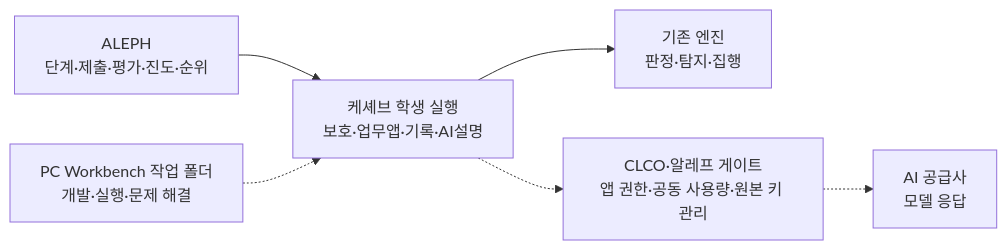
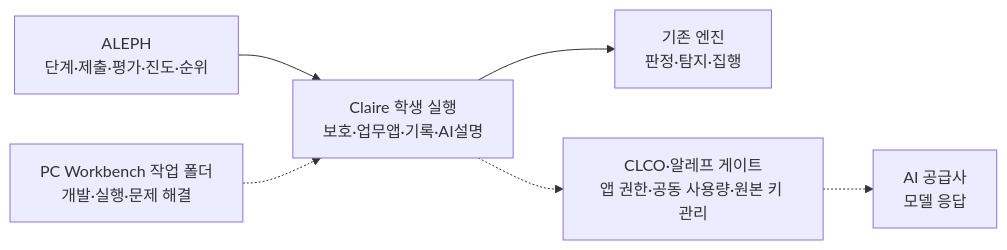
The diagram in on-client/docs/PRODUCT_OVERVIEW.md (youngjinphys/Claire), drawn with Mermaid before and after one commit. The commit also changed other lines of this file and 5 other files, not shown here.

````diff
--- a/on-client/docs/PRODUCT_OVERVIEW.md
+++ b/on-client/docs/PRODUCT_OVERVIEW.md
@@ -11,14 +11,14 @@
 ```mermaid
 flowchart LR
   aleph["ALEPH\n단계·제출·평가·진도·순위"]
   workbench["PC Workbench 작업 폴더\n개발·실행·문제 해결"]
-  alekov["케셰브 학생 실행\n보호·업무앱·기록·AI설명"]
+  alekov["Claire 학생 실행\n보호·업무앱·기록·AI설명"]
   engine["기존 엔진\n판정·탐지·집행"]
   gate["CLCO·알레프 게이트\n앱 권한·공동 사용량·원본 키 관리"]
   provider["AI 공급사\n모델 응답"]
   aleph --> alekov
   workbench -.-> alekov
   alekov --> engine
   alekov -.-> gate
   gate -.-> provider
 ```
````
